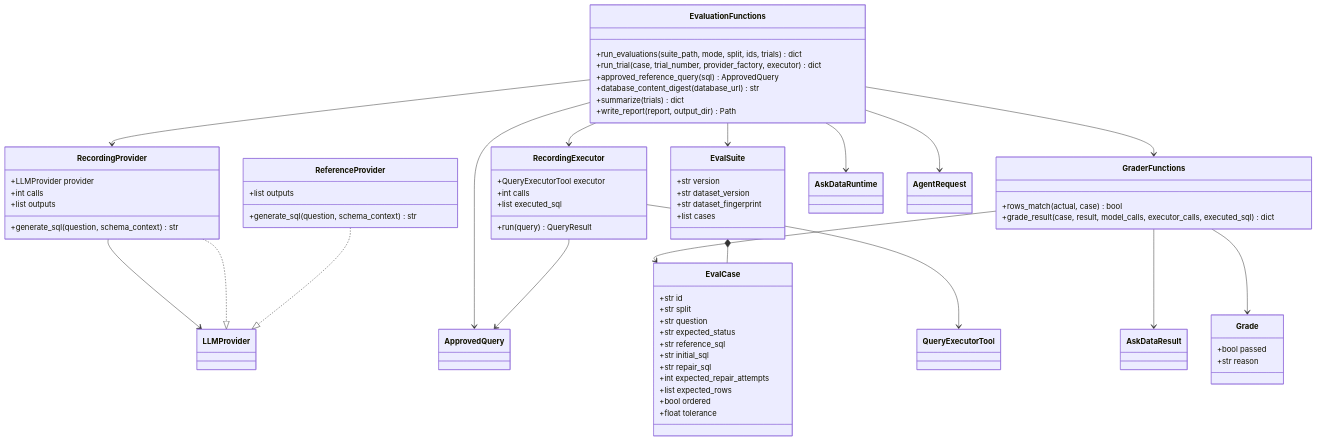
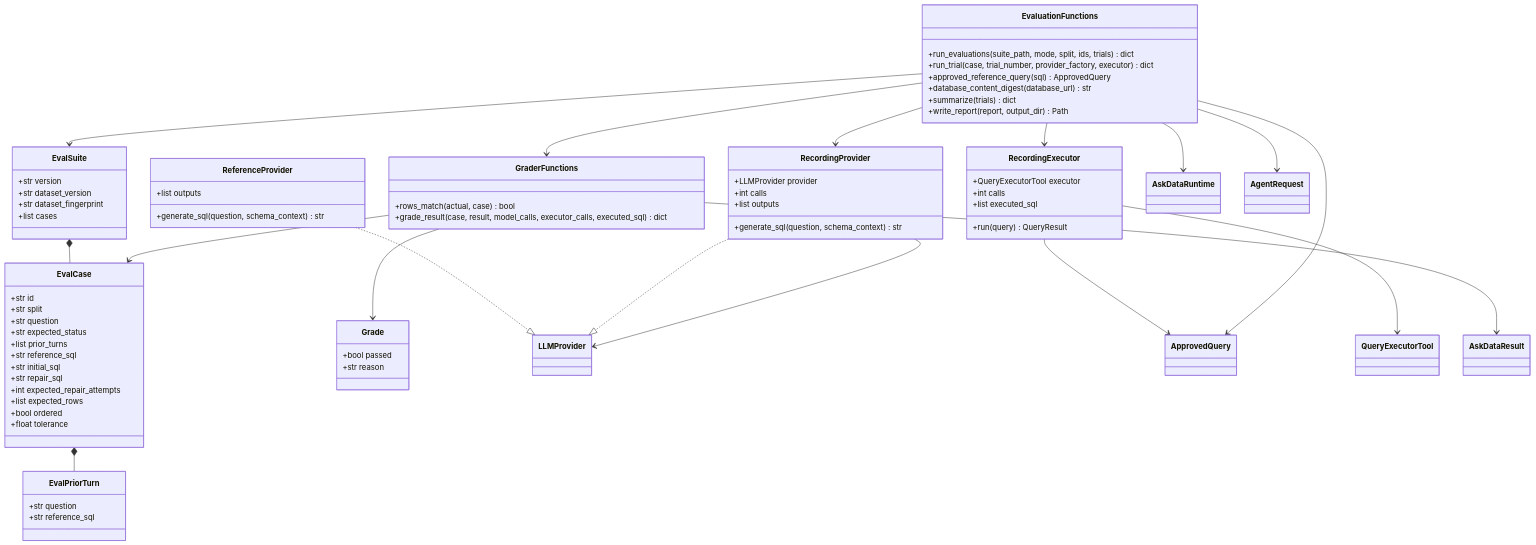
One commit to arpan-artisan/QueryForge changed the seventh of 8 diagrams in docs/architecture-diagrams.md. Above: the diagram before and after it, drawn with Mermaid. The commit also changed other lines of this file and 34 other files, not shown here.

````diff
--- a/docs/architecture-diagrams.md
+++ b/docs/architecture-diagrams.md
@@ -579,70 +674,76 @@
 ```mermaid
 classDiagram
     class EvalSuite {
         +str version
         +str dataset_version
         +str dataset_fingerprint
         +list cases
     }
     class EvalCase {
         +str id
         +str split
         +str question
         +str expected_status
+        +list prior_turns
         +str reference_sql
         +str initial_sql
         +str repair_sql
         +int expected_repair_attempts
         +list expected_rows
         +bool ordered
         +float tolerance
+    }
+    class EvalPriorTurn {
+        +str question
+        +str reference_sql
     }
     class Grade {
         +bool passed
         +str reason
     }
     class ReferenceProvider {
         +list outputs
         +generate_sql(question, schema_context) str
     }
     class RecordingProvider {
         +LLMProvider provider
         +int calls
         +list outputs
         +generate_sql(question, schema_context) str
     }
     class RecordingExecutor {
         +QueryExecutorTool executor
         +int calls
         +list executed_sql
         +run(query) QueryResult
     }
     class EvaluationFunctions {
         +run_evaluations(suite_path, mode, split, ids, trials) dict
         +run_trial(case, trial_number, provider_factory, executor) dict
         +approved_reference_query(sql) ApprovedQuery
         +database_content_digest(database_url) str
         +summarize(trials) dict
         +write_report(report, output_dir) Path
     }
     class GraderFunctions {
         +rows_match(actual, case) bool
         +grade_result(case, result, model_calls, executor_calls, executed_sql) dict
     }
     EvalSuite *-- EvalCase
+    EvalCase *-- EvalPriorTurn
     ReferenceProvider ..|> LLMProvider
     RecordingProvider ..|> LLMProvider
     RecordingProvider --> LLMProvider
     RecordingExecutor --> ApprovedQuery
     RecordingExecutor --> QueryExecutorTool
     EvaluationFunctions --> EvalSuite
     EvaluationFunctions --> AskDataRuntime
     EvaluationFunctions --> AgentRequest
     EvaluationFunctions --> ApprovedQuery
     EvaluationFunctions --> RecordingProvider
     EvaluationFunctions --> RecordingExecutor
     EvaluationFunctions --> GraderFunctions
     GraderFunctions --> AskDataResult
     GraderFunctions --> EvalCase
     GraderFunctions --> Grade
 ```
````
